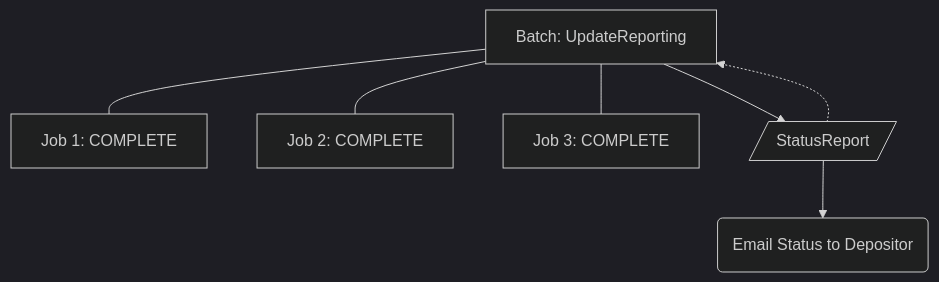
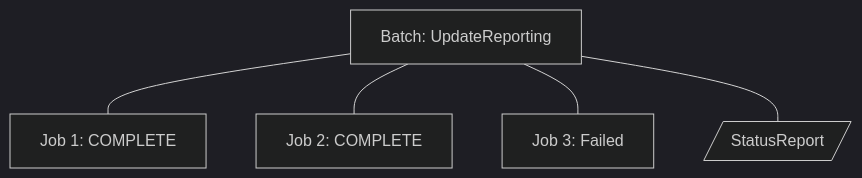
Diagram 45 of 48 in design/use-cases.md (CDLUC3/mrt-zk), drawn with Mermaid (dark theme) before and after one commit. The commit also changed other lines of this file, not shown here.

Commit message:
mermaid diagrams

````diff
--- a/design/use-cases.md
+++ b/design/use-cases.md
@@ -403,15 +593,13 @@
 ```mermaid
 graph TD
+  accTitle: 'Batch(UpdateReporting) has 3 Jobs (Complete, Complete, Failed)'
   Batch[Batch: UpdateReporting]
   Job1[Job 1: COMPLETE]
   Job2[Job 2: COMPLETE]
-  Job3[Job 3: COMPLETE]
+  Job3[Job 3: Failed]
   Batch --- Job1
   Batch --- Job2
   Batch --- Job3
   StatusReport[/StatusReport/]
-  Batch --> StatusReport
-  StatusReport -.-> Batch
-  Email(Email Status to Depositor)
-  StatusReport --> Email
+  Batch --- StatusReport
 ```
````
